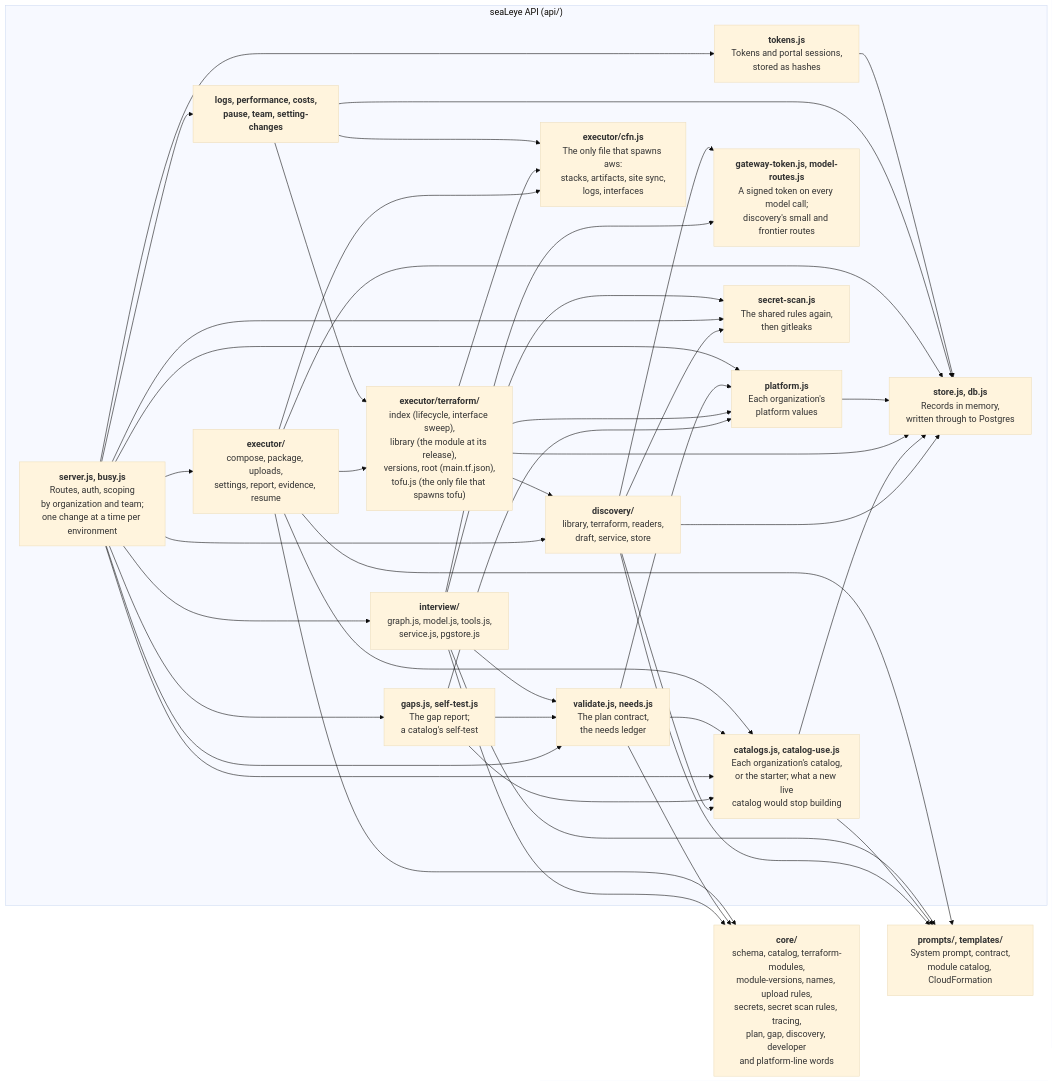
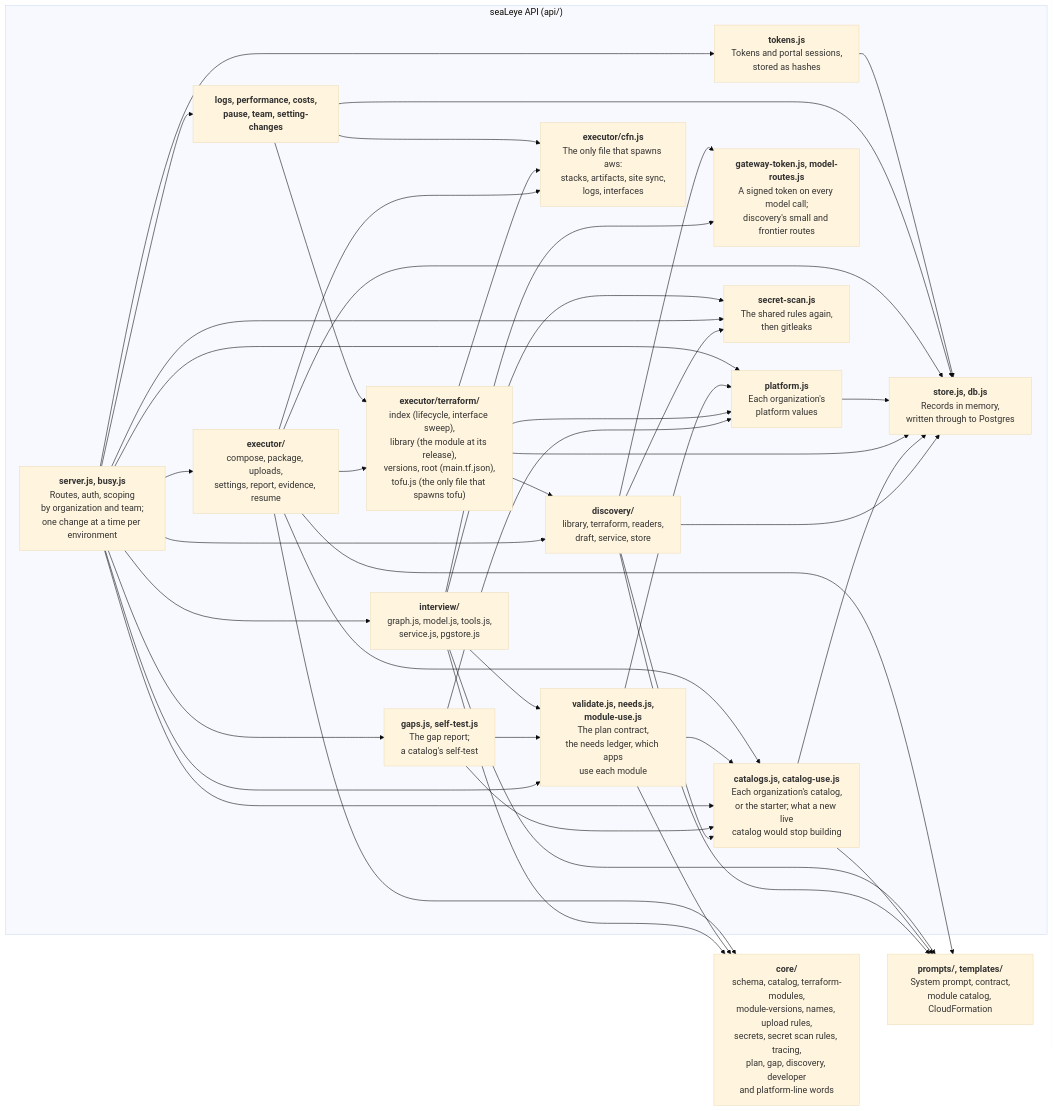
One commit to GregKliewer/sealeye changed the third of 14 diagrams in docs/ARCHITECTURE.md. Above: the diagram before and after it, drawn with Mermaid (base theme). The commit also changed other lines of this file and 5 other files, not shown here.

First line of the commit message:
CLAUDE.md, READMEs, architecture and plans: the portal's sections, catalog show, usedBy and usedIn

````diff
--- a/docs/ARCHITECTURE.md
+++ b/docs/ARCHITECTURE.md
@@ -180,67 +181,67 @@
 ```mermaid
 flowchart LR
   subgraph api["seaLeye API (api/)"]
     server["<b>server.js, busy.js</b><br/>Routes, auth, scoping<br/>by organization and team;<br/>one change at a time per environment"]
     tokens["<b>tokens.js</b><br/>Tokens and portal sessions,<br/>stored as hashes"]
     interview["<b>interview/</b><br/>graph.js, model.js, tools.js,<br/>service.js, pgstore.js"]
     discovery["<b>discovery/</b><br/>library, terraform, readers,<br/>draft, service, store"]
-    validate["<b>validate.js, needs.js</b><br/>The plan contract,<br/>the needs ledger"]
+    validate["<b>validate.js, needs.js,<br/>module-use.js</b><br/>The plan contract,<br/>the needs ledger, which apps<br/>use each module"]
     gaps["<b>gaps.js, self-test.js</b><br/>The gap report;<br/>a catalog's self-test"]
     catalogs["<b>catalogs.js, catalog-use.js</b><br/>Each organization's catalog,<br/>or the starter; what a new live<br/>catalog would stop building"]
     executor["<b>executor/</b><br/>compose, package, uploads,<br/>settings, report, evidence, resume"]
     terraform["<b>executor/terraform/</b><br/>index (lifecycle, interface sweep),<br/>library (the module at its release),<br/>versions, root (main.tf.json),<br/>tofu.js (the only file that spawns tofu)"]
     gwtoken["<b>gateway-token.js, model-routes.js</b><br/>A signed token on every model call;<br/>discovery's small and frontier routes"]
     platform["<b>platform.js</b><br/>Each organization's<br/>platform values"]
     cfn["<b>executor/cfn.js</b><br/>The only file that spawns aws:<br/>stacks, artifacts, site sync,<br/>logs, interfaces"]
     dayTwo["<b>logs, performance, costs,<br/>pause, team, setting-changes</b>"]
     store["<b>store.js, db.js</b><br/>Records in memory,<br/>written through to Postgres"]
     scan["<b>secret-scan.js</b><br/>The shared rules again,<br/>then gitleaks"]
   end
 
   core["<b>core/</b><br/>schema, catalog, terraform-modules,<br/>module-versions, names, upload rules,<br/>secrets, secret scan rules, tracing,<br/>plan, gap, discovery, developer<br/>and platform-line words"]
   prompts["<b>prompts/, templates/</b><br/>System prompt, contract,<br/>module catalog, CloudFormation"]
 
   server --> tokens
   server --> interview
   server --> discovery
   discovery --> scan
   discovery --> catalogs
   discovery --> store
   discovery --> prompts
   server --> validate
   server --> gaps
   gaps --> validate
   gaps --> catalogs
   gaps --> platform
   server --> catalogs
   validate --> catalogs
   executor --> catalogs
   catalogs --> store
   catalogs --> prompts
   server --> executor
   server --> dayTwo
   server --> scan
   interview --> scan
   interview --> validate
   executor --> cfn
   executor --> terraform
   terraform --> cfn
   terraform --> discovery
   terraform --> platform
   terraform --> store
   dayTwo --> terraform
   interview --> gwtoken
   discovery --> gwtoken
   validate --> platform
   server --> platform
   platform --> store
   dayTwo --> cfn
   executor --> store
   dayTwo --> store
   tokens --> store
   interview --> core
   validate --> core
   executor --> core
   interview --> prompts
   executor --> prompts
 ```
````
